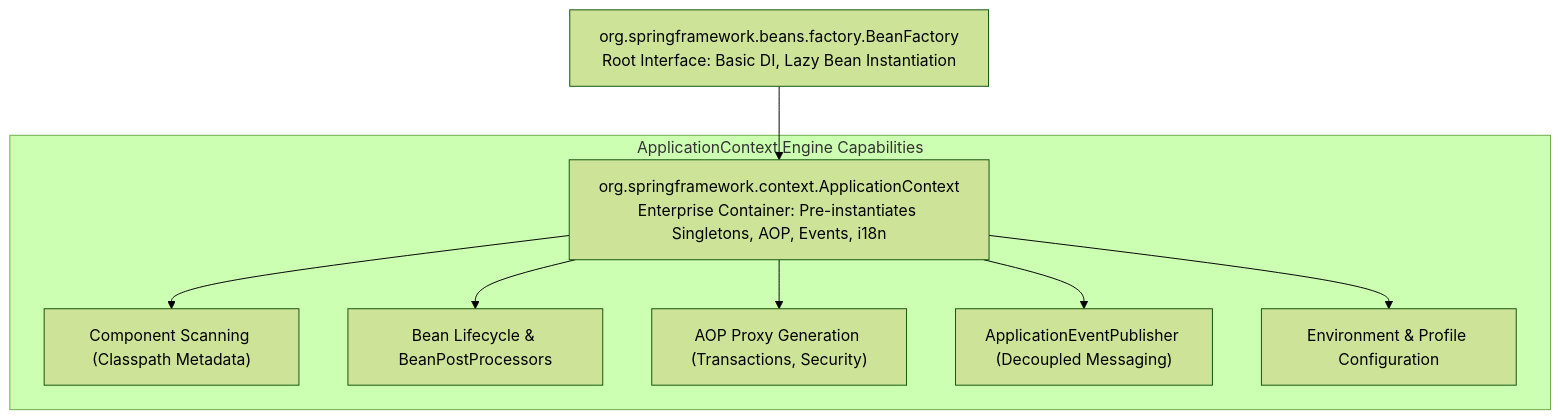
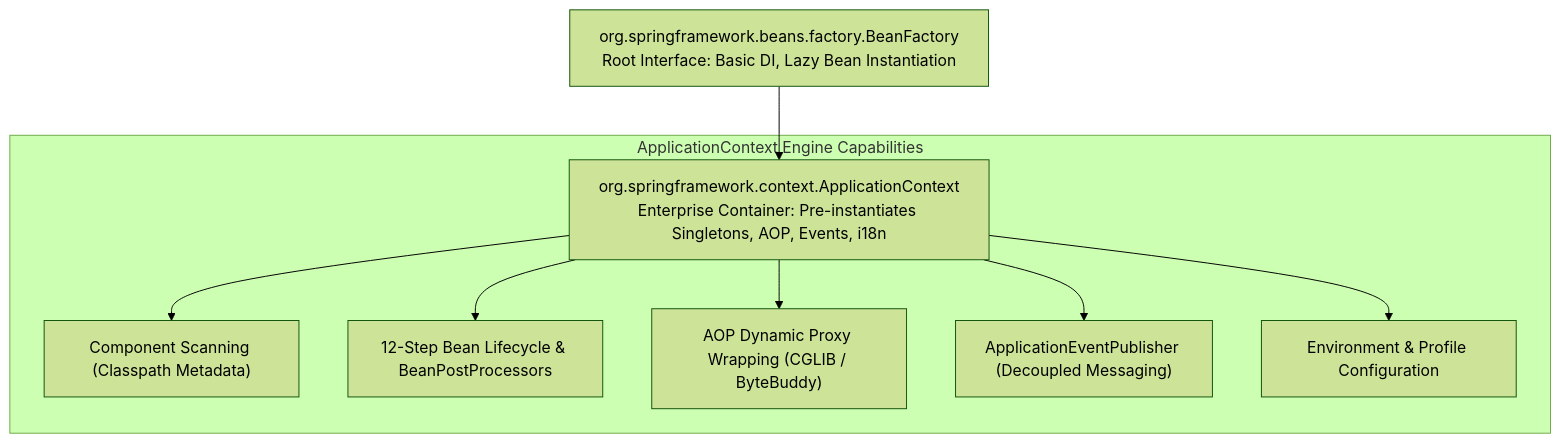
Before and after one commit to weaponxwolf/backend-engineering-mastry: the third of 5 diagrams in docs/spring-boot/dependency-injection.mdx, drawn with Mermaid (forest theme). The commit also changed other lines of this file and 14 other files, not shown here.

Commit message:
docs: refactor and expand JPA and Hibernate architecture guide with physical memory and performance insights

````diff
--- a/docs/spring-boot/dependency-injection.mdx
+++ b/docs/spring-boot/dependency-injection.mdx
@@ -50,12 +163,12 @@
 ```mermaid
 graph TD
     BF["org.springframework.beans.factory.BeanFactory<br/>Root Interface: Basic DI, Lazy Bean Instantiation"] --> AC["org.springframework.context.ApplicationContext<br/>Enterprise Container: Pre-instantiates Singletons, AOP, Events, i18n"]
     
     subgraph CoreEngine ["ApplicationContext Engine Capabilities"]
         AC --> Scan["Component Scanning (Classpath Metadata)"]
-        AC --> Lifecycle["Bean Lifecycle & BeanPostProcessors"]
-        AC --> Proxies["AOP Proxy Generation (Transactions, Security)"]
+        AC --> Lifecycle["12-Step Bean Lifecycle & BeanPostProcessors"]
+        AC --> Proxies["AOP Dynamic Proxy Wrapping (CGLIB / ByteBuddy)"]
         AC --> Events["ApplicationEventPublisher (Decoupled Messaging)"]
         AC --> Env["Environment & Profile Configuration"]
     end
 ```
````
